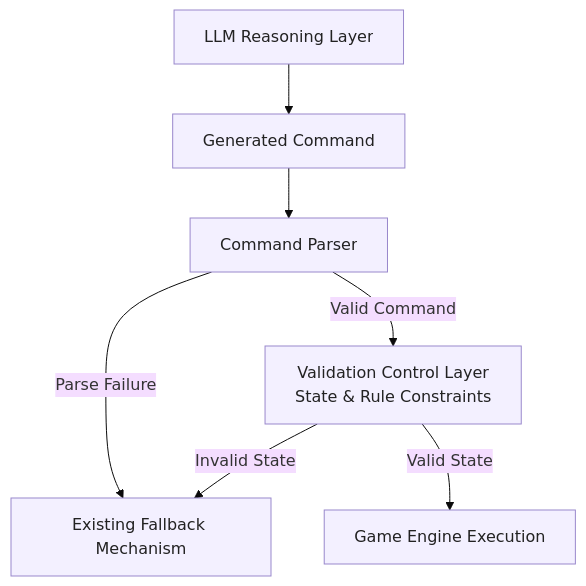
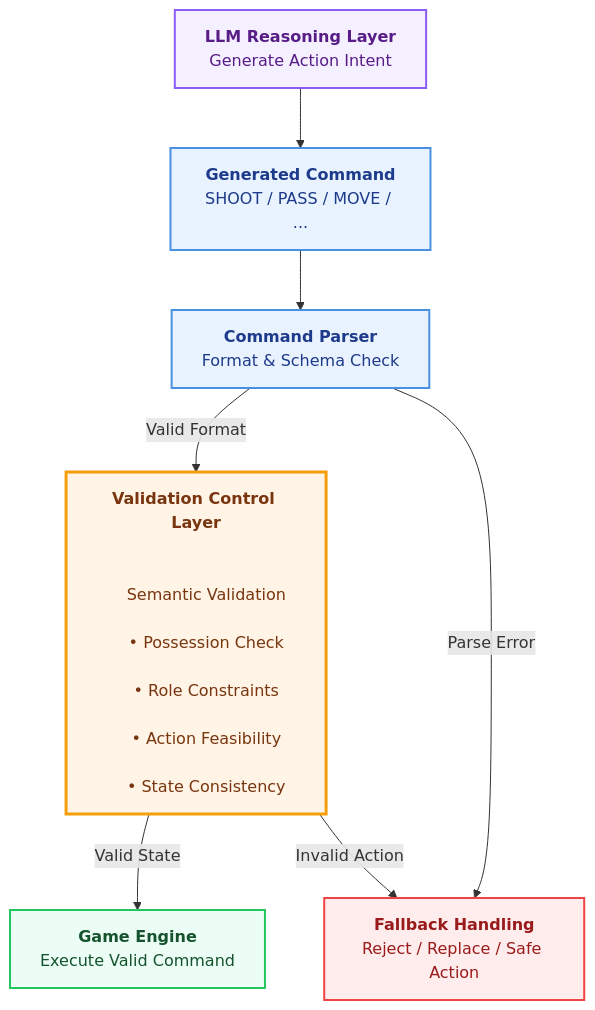
One commit to Echolyy-dreamer/BedrockAgentCore changed the third of 3 diagrams in Hybrid Rule-LLM Architecture for Real-Time Multi-Agent Football Agents.md. Above: the diagram before and after it, drawn with Mermaid. The commit also changed other lines of this file, not shown here.

Commit message:
Update Hybrid Rule-LLM Architecture for Real-Time Multi-Agent Football Agents.md
polishing

````diff
--- a/Hybrid Rule-LLM Architecture for Real-Time Multi-Agent Football Agents.md
+++ b/Hybrid Rule-LLM Architecture for Real-Time Multi-Agent Football Agents.md
@@ -285,18 +289,47 @@
 ```mermaid
-%%{init: { 'flowchart': { 'nodeSpacing': 40, 'rankSpacing': 50 }, 'theme':'base' }}%%
+%%{init: { 
+    "flowchart": {
+        "nodeSpacing": 50,
+        "rankSpacing": 60
+    }
+}}%%
+
 flowchart TB
-    classDef box fill:#f3f0ff,stroke:#9988cc,color:#222,stroke-width:1px
-    LLM["LLM Reasoning Layer"]:::box
-    CMD["Generated Command"]:::box
-    PARSER["Command Parser"]:::box
-    VALIDATION["Validation Control Layer<br/>State & Rule Constraints"]:::box
-    EXECUTE["Game Engine Execution"]:::box
-    FALLBACK["Existing Fallback Mechanism"]:::box
+
+    classDef llm fill:#f5f0ff,stroke:#8b5cf6,stroke-width:2px,color:#581c87
+    classDef command fill:#e8f3ff,stroke:#4a90e2,stroke-width:2px,color:#1e3a8a
+    classDef validation fill:#fff4e5,stroke:#f59e0b,stroke-width:3px,color:#78350f
+    classDef execute fill:#ecfdf5,stroke:#22c55e,stroke-width:2px,color:#14532d
+    classDef fallback fill:#ffecec,stroke:#ef4444,stroke-width:2px,color:#991b1b
+
+
+    LLM["<b>LLM Reasoning Layer</b><br/>Generate Action Intent"]:::llm
+
+    CMD["<b>Generated Command</b><br/>SHOOT / PASS / MOVE / ..."]:::command
+
+    PARSER["<b>Command Parser</b><br/>Format & Schema Check"]:::command
+
+
+    VALIDATION["<b>Validation Control Layer</b><br/><br/>
+    Semantic Validation<br/>
+    • Possession Check<br/>
+    • Role Constraints<br/>
+    • Action Feasibility<br/>
+    • State Consistency"]:::validation
+
+
+    EXECUTE["<b>Game Engine</b><br/>Execute Valid Command"]:::execute
+
+
+    FALLBACK["<b>Fallback Handling</b><br/>Reject / Replace / Safe Action"]:::fallback
+
 
     LLM --> CMD
     CMD --> PARSER
-    PARSER -->|Parse Failure| FALLBACK
-    PARSER -->|Valid Command| VALIDATION
+
+    PARSER -->|Valid Format| VALIDATION
+    PARSER -->|Parse Error| FALLBACK
+
     VALIDATION -->|Valid State| EXECUTE
-    VALIDATION -->|Invalid State| FALLBACK
+    VALIDATION -->|Invalid Action| FALLBACK
 ```
````
